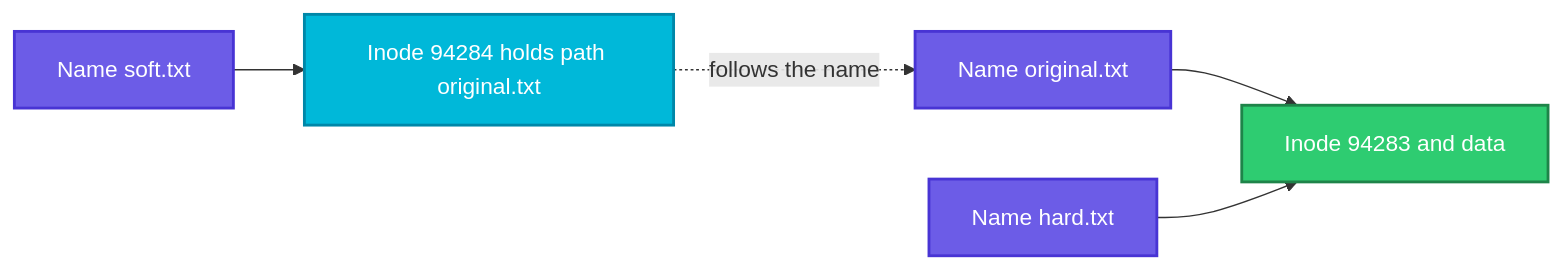
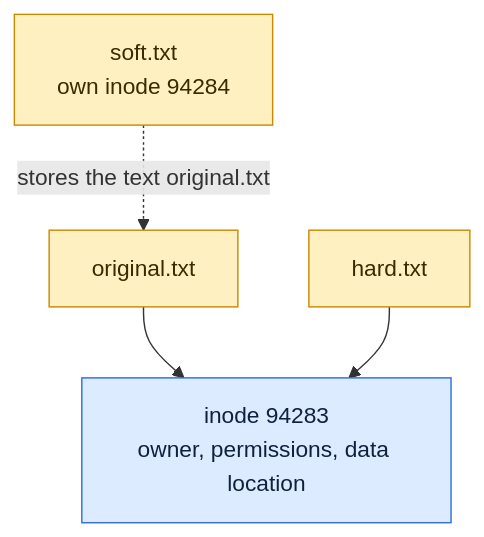
Before and after one commit to codeKerdosTech/DevOps-Documentation: the diagram in linux/fundamentals/09-links-and-inodes.md, drawn with Mermaid. The commit also changed other lines of this file and 165 other files, not shown here.

Commit message:
updated diagrams in linux

````diff
--- a/linux/fundamentals/09-links-and-inodes.md
+++ b/linux/fundamentals/09-links-and-inodes.md
@@ -18,15 +18,13 @@
 ```mermaid
-flowchart LR
-    A[Name original.txt] --> C[Inode 94283 and data]
-    B[Name hard.txt] --> C
-    D[Name soft.txt] --> E[Inode 94284 holds path original.txt]
-    E -.->|follows the name| A
-    classDef start fill:#6C5CE7,stroke:#4834D4,stroke-width:2px,color:#fff
-    classDef proc fill:#00B8D9,stroke:#0087A8,stroke-width:2px,color:#fff
-    classDef dec fill:#FFC312,stroke:#E1A100,stroke-width:2px,color:#222
-    classDef ok fill:#2ECC71,stroke:#1E8449,stroke-width:2px,color:#fff
-    classDef out fill:#FD79A8,stroke:#E84393,stroke-width:2px,color:#fff
-    class A,B,D start
-    class C ok
-    class E proc
+flowchart TD
+    c1[original.txt] --> i1[inode 94283<br/>owner, permissions, data location]
+    c2[hard.txt] --> i1
+    c3[soft.txt<br/>own inode 94284] -.->|stores the text original.txt| c1
+    classDef inp fill:#DCEBFF,stroke:#2F6FDE,color:#10213F
+    classDef cmd fill:#FFF0C2,stroke:#C98A00,color:#3A2A00
+    classDef out fill:#D9F5E3,stroke:#1F9D55,color:#0B2E1A
+    classDef bad fill:#FDE0E0,stroke:#D13B3B,color:#4A0F0F
+    classDef note fill:#ECEFF3,stroke:#7B8794,color:#1F2933
+    class c1,c2,c3 cmd
+    class i1 inp
 ```
````
